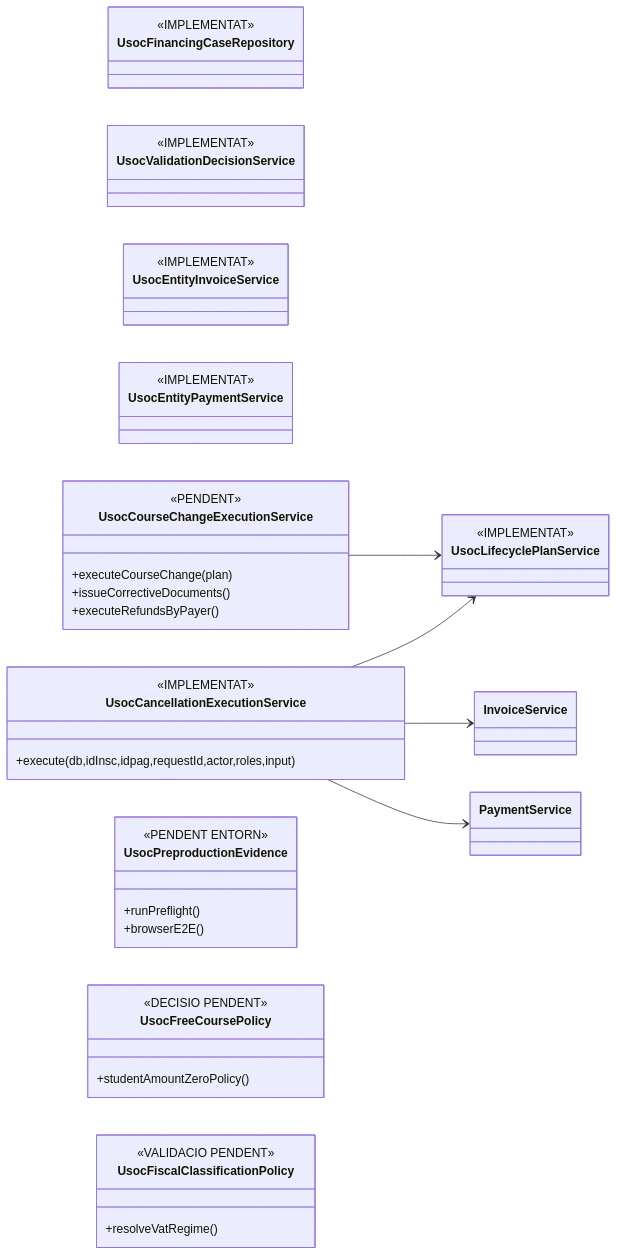
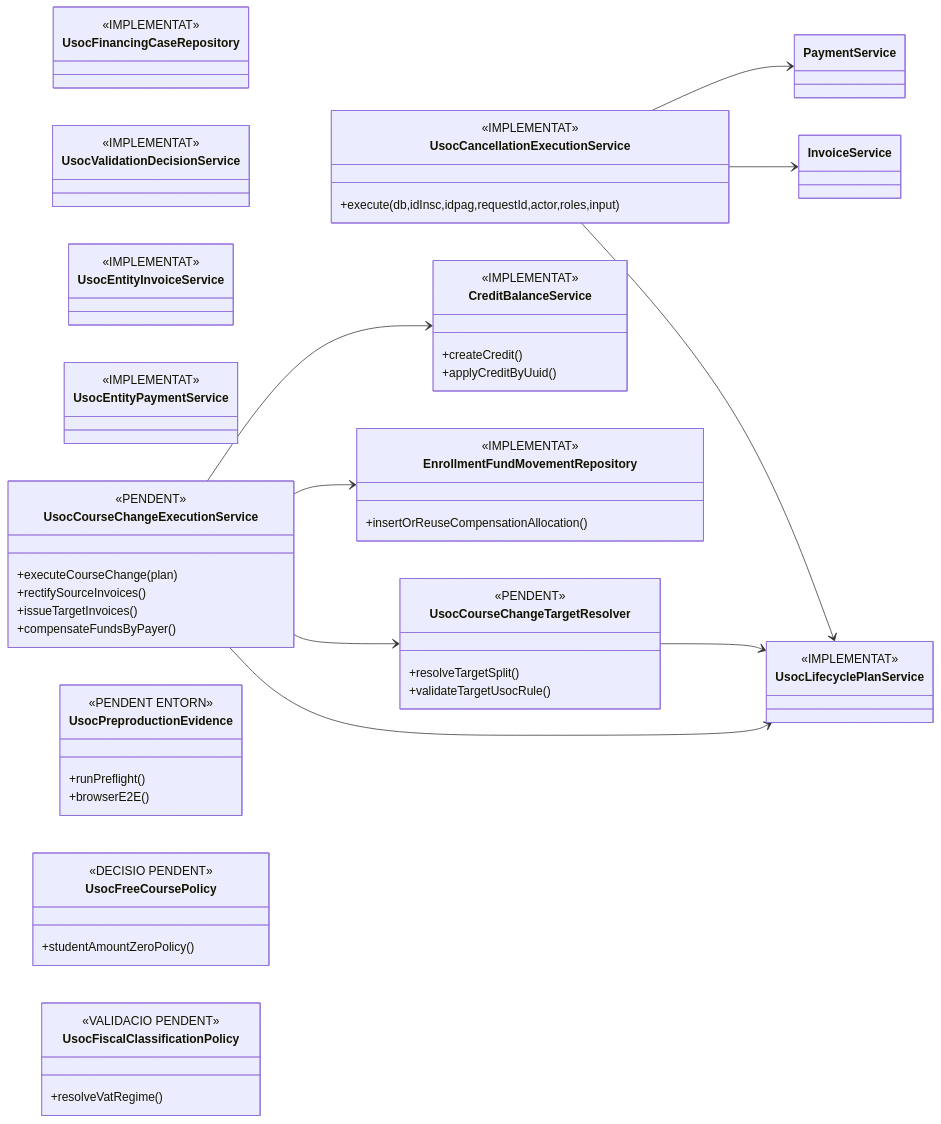
The fourth of 4 diagrams in documentacio/07-uml-integrat/uc-013-classes-actual-final.md (orgmeriemprismacat-del/verifactu), drawn with Mermaid before and after one commit. The commit also changed other lines of this file, not shown here.

Commit message:
docs(UC-013): alinear classes amb contracte canvi curs

````diff
--- a/documentacio/07-uml-integrat/uc-013-classes-actual-final.md
+++ b/documentacio/07-uml-integrat/uc-013-classes-actual-final.md
@@ -193,46 +193,65 @@
 ```mermaid
 classDiagram
 direction LR
 class UsocFinancingCaseRepository {
   <<IMPLEMENTAT>>
 }
 class UsocValidationDecisionService {
   <<IMPLEMENTAT>>
 }
 class UsocEntityInvoiceService {
   <<IMPLEMENTAT>>
 }
 class UsocEntityPaymentService {
   <<IMPLEMENTAT>>
 }
 class UsocLifecyclePlanService {
   <<IMPLEMENTAT>>
 }
 class UsocCancellationExecutionService {
   <<IMPLEMENTAT>>
   +execute(db,idInsc,idpag,requestId,actor,roles,input)
 }
+class UsocCourseChangeTargetResolver {
+  <<PENDENT>>
+  +resolveTargetSplit()
+  +validateTargetUsocRule()
+}
 class UsocCourseChangeExecutionService {
   <<PENDENT>>
   +executeCourseChange(plan)
-  +issueCorrectiveDocuments()
-  +executeRefundsByPayer()
+  +rectifySourceInvoices()
+  +issueTargetInvoices()
+  +compensateFundsByPayer()
+}
+class EnrollmentFundMovementRepository {
+  <<IMPLEMENTAT>>
+  +insertOrReuseCompensationAllocation()
+}
+class CreditBalanceService {
+  <<IMPLEMENTAT>>
+  +createCredit()
+  +applyCreditByUuid()
 }
 class UsocPreproductionEvidence {
   <<PENDENT ENTORN>>
   +runPreflight()
   +browserE2E()
 }
 class UsocFreeCoursePolicy {
   <<DECISIO PENDENT>>
   +studentAmountZeroPolicy()
 }
 class UsocFiscalClassificationPolicy {
   <<VALIDACIO PENDENT>>
   +resolveVatRegime()
 }
 UsocCancellationExecutionService --> UsocLifecyclePlanService
 UsocCancellationExecutionService --> InvoiceService
 UsocCancellationExecutionService --> PaymentService
+UsocCourseChangeTargetResolver --> UsocLifecyclePlanService
 UsocCourseChangeExecutionService --> UsocLifecyclePlanService
+UsocCourseChangeExecutionService --> UsocCourseChangeTargetResolver
+UsocCourseChangeExecutionService --> EnrollmentFundMovementRepository
+UsocCourseChangeExecutionService --> CreditBalanceService
 ```
````
